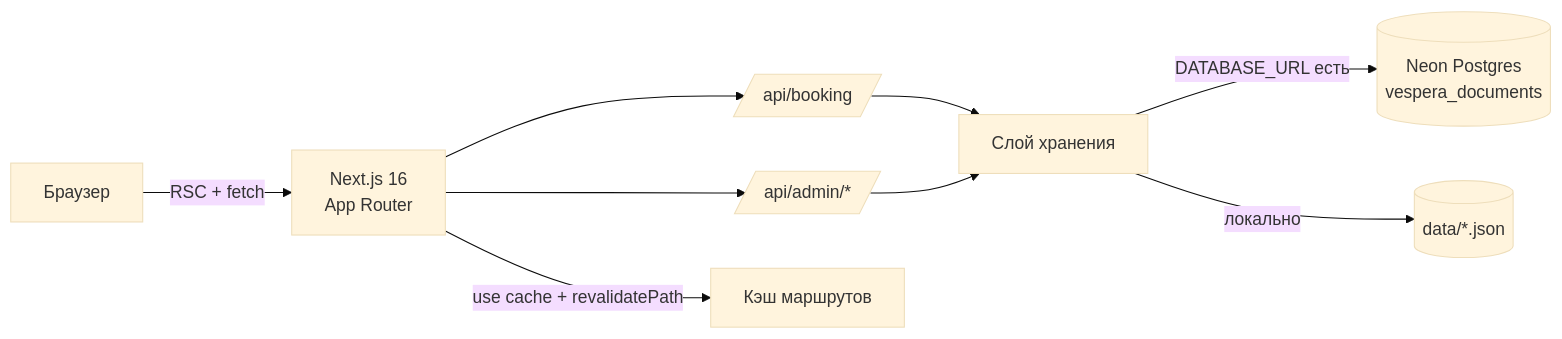
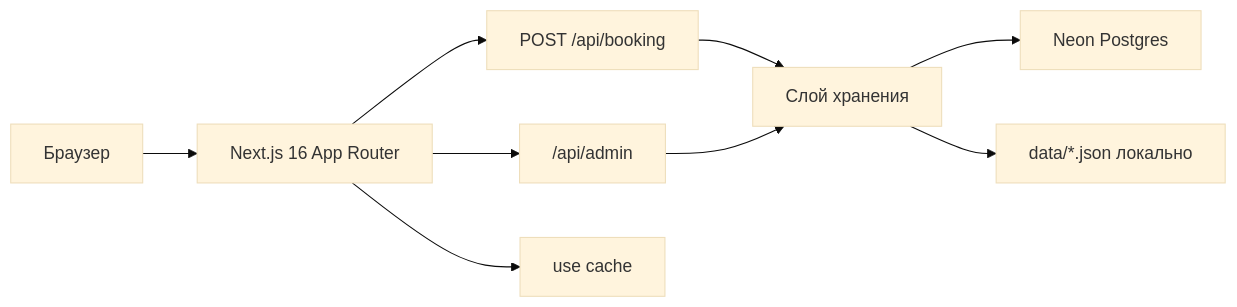
One commit to kollakek1/vespera changed the first of 2 diagrams in README.md. Above: the diagram before and after it, drawn with Mermaid (base theme). The commit also changed other lines of this file, not shown here.

Commit message:
docs: simplify mermaid diagrams for github rendering

````diff
--- a/README.md
+++ b/README.md
@@ -207,11 +207,11 @@
 ```mermaid
 flowchart LR
-  B[Браузер] -->|RSC + fetch| N[Next.js 16<br/>App Router]
-  N --> V[/api/booking/]
-  N --> D[/api/admin/*/]
-  V --> S[Слой хранения]
+  B["Браузер"] --> N["Next.js 16 App Router"]
+  N --> V["POST /api/booking"]
+  N --> D["/api/admin"]
+  V --> S["Слой хранения"]
   D --> S
-  S -->|DATABASE_URL есть| P[(Neon Postgres<br/>vespera_documents)]
-  S -->|локально| F[(data/*.json)]
-  N -->|use cache + revalidatePath| C[Кэш маршрутов]
+  S --> P["Neon Postgres"]
+  S --> F["data/*.json локально"]
+  N --> C["use cache"]
 ```
````
